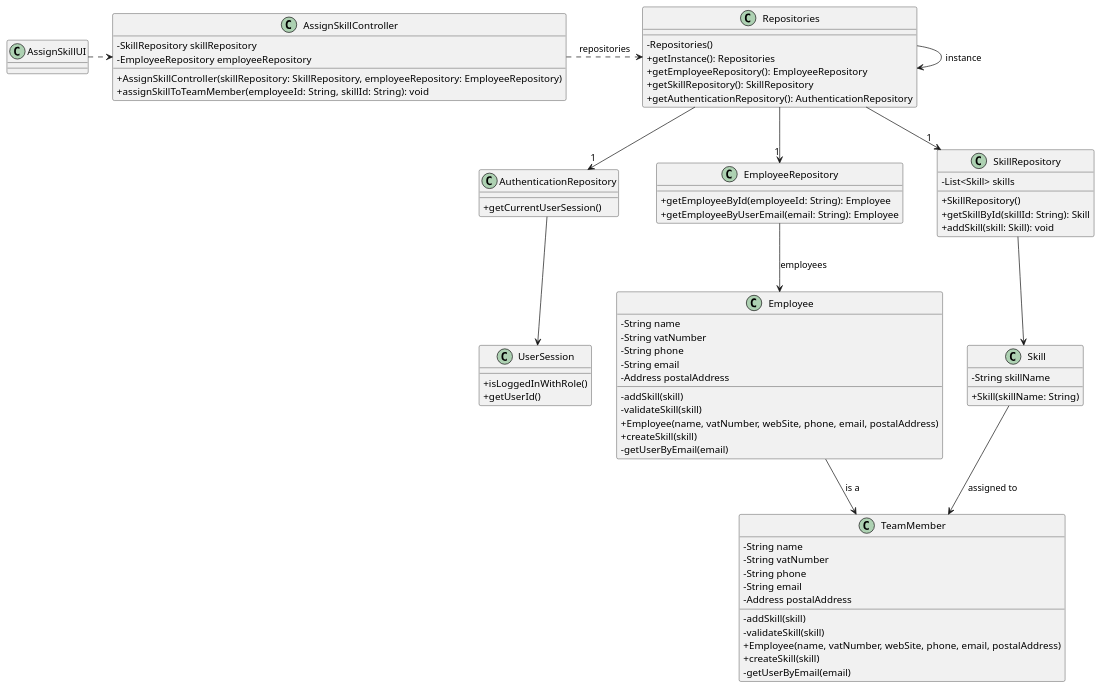
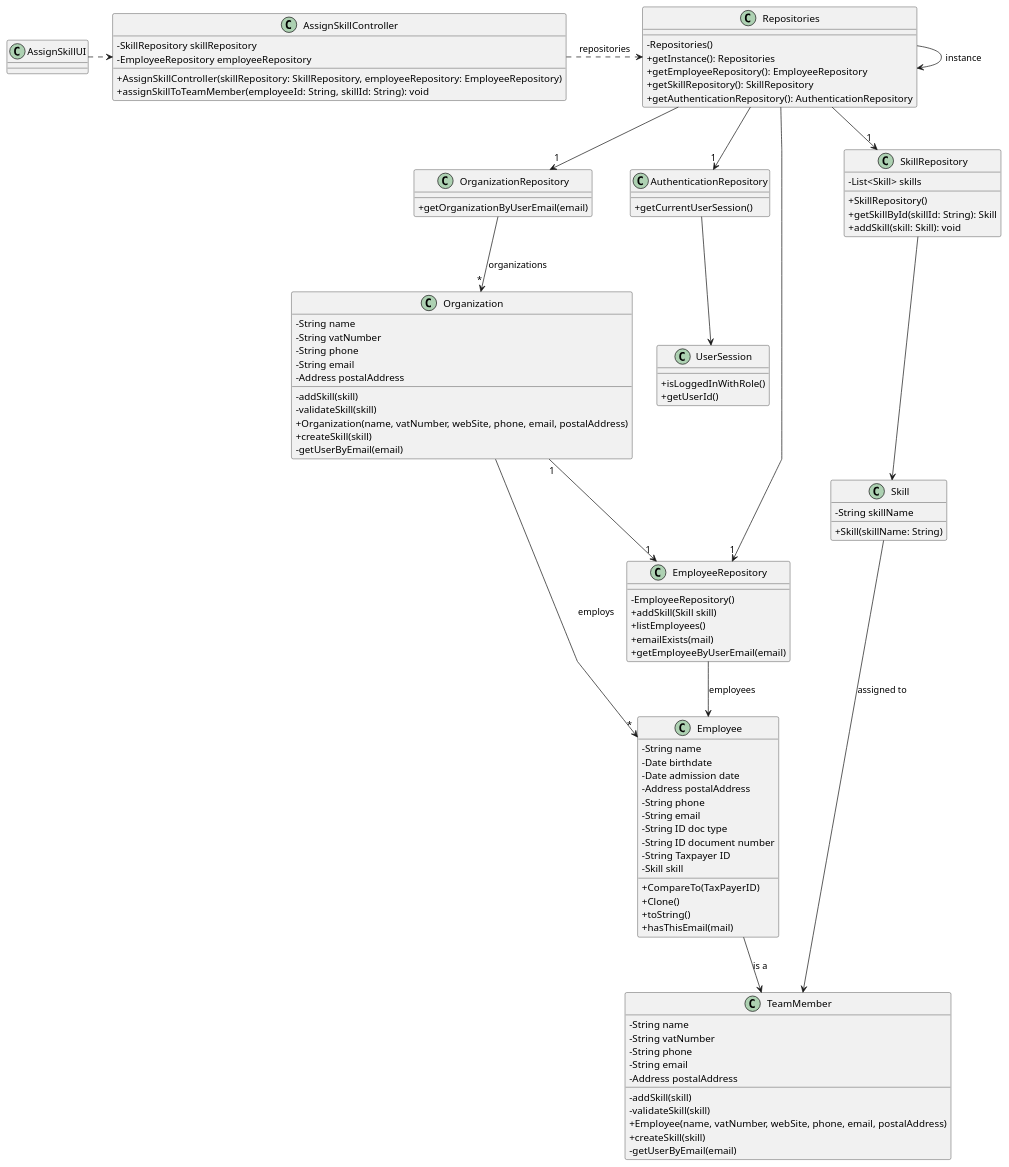
Before and after one commit to Mendoncaa/LAPR2: the diagram in docs/sprintC/us004/03.design/puml/us004-class-diagram.puml, drawn with PlantUML. The commit also changed 3 other files, not shown here.

Commit message:
Update classe diagram and system sequence diagram (US01); Update class diagram US04

```diff
--- a/docs/sprintC/us004/03.design/puml/us004-class-diagram.puml
+++ b/docs/sprintC/us004/03.design/puml/us004-class-diagram.puml
@@ -1,97 +1,126 @@
 @startuml
 'skinparam monochrome true
 skinparam packageStyle rectangle
 skinparam shadowing false
 skinparam linetype polyline
 'skinparam linetype orto
 
 skinparam classAttributeIconSize 0
 
 'left to right direction
 
 
 class AssignSkillUI {
 }
 
 class AssignSkillController {
     - SkillRepository skillRepository
     - EmployeeRepository employeeRepository
     + AssignSkillController(skillRepository: SkillRepository, employeeRepository: EmployeeRepository)
     + assignSkillToTeamMember(employeeId: String, skillId: String): void
 }
 
 class Repositories {
     - Repositories()
     + getInstance(): Repositories
     + getEmployeeRepository(): EmployeeRepository
     + getSkillRepository(): SkillRepository
     + getAuthenticationRepository(): AuthenticationRepository
 }
 
+class OrganizationRepository {
+    + getOrganizationByUserEmail(email)
+}
+
+class Organization {
+    - String name
+    - String vatNumber
+    - String phone
+    - String email
+    - Address postalAddress
+    - addSkill(skill)
+    - validateSkill(skill)
+    + Organization(name, vatNumber, webSite, phone, email, postalAddress)
+    + createSkill(skill)
+    - getUserByEmail(email)
+
+}
+
 class AuthenticationRepository {
     + getCurrentUserSession()
 }
 
 class UserSession {
     + isLoggedInWithRole()
     + getUserId()
 }
 
 class Employee {
     - String name
-    - String vatNumber
+    - Date birthdate
+    - Date admission date
+    - Address postalAddress
     - String phone
     - String email
-    - Address postalAddress
-    - addSkill(skill)
-    - validateSkill(skill)
-    + Employee(name, vatNumber, webSite, phone, email, postalAddress)
-    + createSkill(skill)
-    - getUserByEmail(email)
-
+    - String ID doc type
+    - String ID document number
+    - String Taxpayer ID
+    - Skill skill
+    + CompareTo(TaxPayerID)
+    + Clone()
+    + toString()
+    + hasThisEmail(mail)
 }
 
 class TeamMember {
     - String name
     - String vatNumber
     - String phone
     - String email
     - Address postalAddress
     - addSkill(skill)
     - validateSkill(skill)
     + Employee(name, vatNumber, webSite, phone, email, postalAddress)
     + createSkill(skill)
     - getUserByEmail(email)
 }
 
+
 class EmployeeRepository {
-    + getEmployeeById(employeeId: String): Employee
-    + getEmployeeByUserEmail(email: String): Employee
+    - EmployeeRepository()
+    + addSkill(Skill skill)
+    + listEmployees()
+    + emailExists(mail)
+    + getEmployeeByUserEmail(email)
 }
 
 class SkillRepository {
     - List<Skill> skills
     + SkillRepository()
     + getSkillById(skillId: String): Skill
     + addSkill(skill: Skill): void
 }
 
 class Skill {
     - String skillName
     + Skill(skillName: String)
 }
 
 Repositories -> Repositories : instance
 AssignSkillUI .> AssignSkillController
+Repositories --> "1" OrganizationRepository
+OrganizationRepository --> "*" Organization : organizations
+Organization "1" --> "1" EmployeeRepository
+Organization  --> "*" Employee : employs
 AssignSkillController .> Repositories : repositories
 Repositories --> "1" AuthenticationRepository
 Repositories --> "1" EmployeeRepository
 Repositories --> "1" SkillRepository
 AuthenticationRepository --> UserSession
 EmployeeRepository --> Employee : employees
 SkillRepository --> Skill
 Employee --> TeamMember : is a
 Skill --> TeamMember  : assigned to
 
 
 @enduml
```
